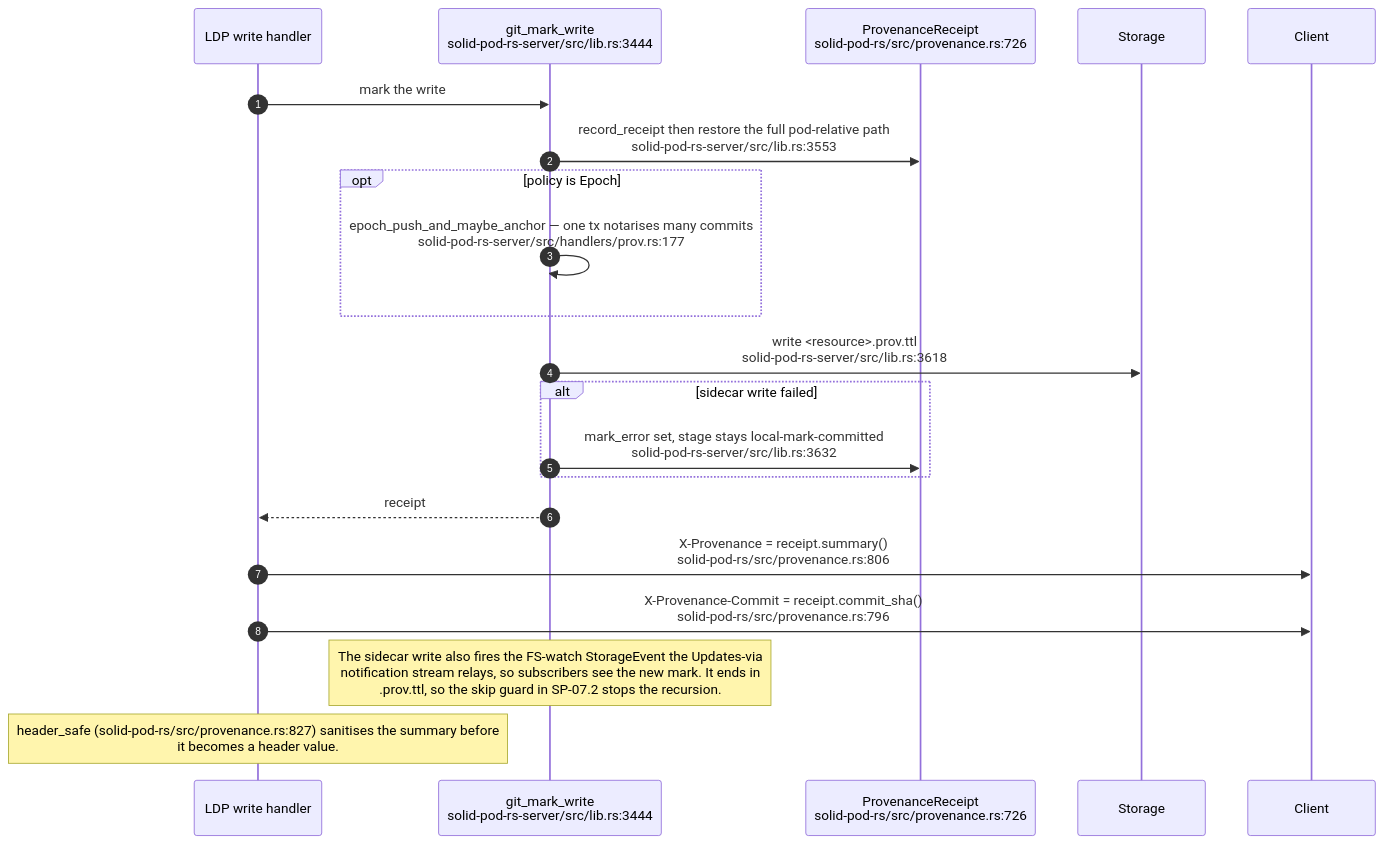
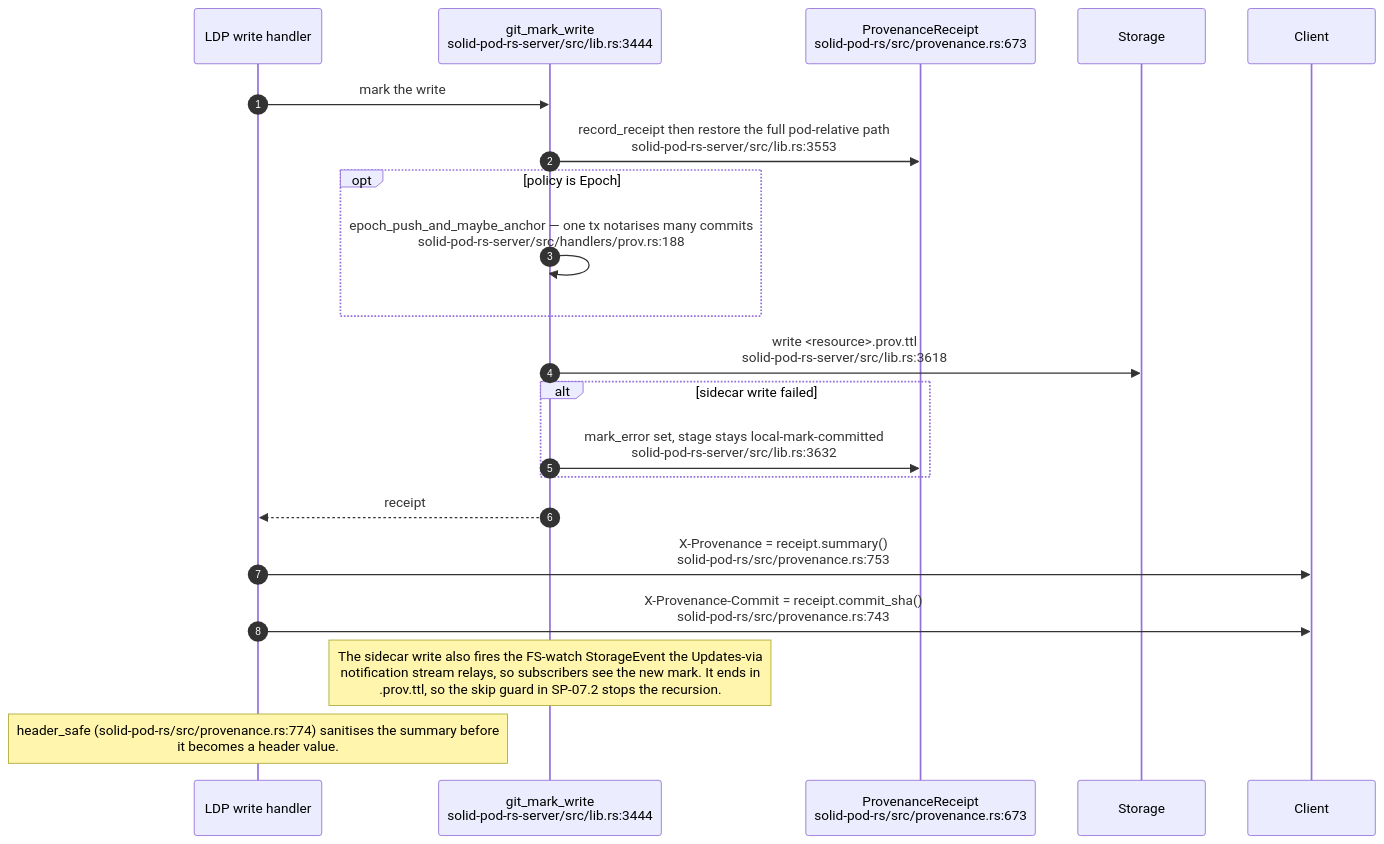
Before and after one commit to DreamLab-AI/VisionFlow: the fifth of 19 diagrams in docs/diagrams/solid-pod-rs/07-provenance-and-payments.md, drawn with Mermaid. The commit also changed other lines of this file and 26 other files, not shown here.

First line of the commit message:
docs(diagrams): re-verify solid-pod-rs, nostr-rust-forum and visionclaw 22/36 against HEAD

````diff
--- a/docs/diagrams/solid-pod-rs/07-provenance-and-payments.md
+++ b/docs/diagrams/solid-pod-rs/07-provenance-and-payments.md
@@ -154,24 +165,24 @@
 ```mermaid
 sequenceDiagram
     autonumber
     participant H as LDP write handler
     participant G as git_mark_write<br/>solid-pod-rs-server/src/lib.rs:3444
-    participant R as ProvenanceReceipt<br/>solid-pod-rs/src/provenance.rs:726
+    participant R as ProvenanceReceipt<br/>solid-pod-rs/src/provenance.rs:673
     participant S as Storage
     participant C as Client
 
     H->>G: mark the write
     G->>R: record_receipt then restore the full pod-relative path<br/>solid-pod-rs-server/src/lib.rs:3553
     opt policy is Epoch
-        G->>G: epoch_push_and_maybe_anchor — one tx notarises many commits<br/>solid-pod-rs-server/src/handlers/prov.rs:177
+        G->>G: epoch_push_and_maybe_anchor — one tx notarises many commits<br/>solid-pod-rs-server/src/handlers/prov.rs:188
     end
     G->>S: write <resource>.prov.ttl<br/>solid-pod-rs-server/src/lib.rs:3618
     alt sidecar write failed
         G->>R: mark_error set, stage stays local-mark-committed<br/>solid-pod-rs-server/src/lib.rs:3632
     end
     G-->>H: receipt
-    H->>C: X-Provenance = receipt.summary()<br/>solid-pod-rs/src/provenance.rs:806
-    H->>C: X-Provenance-Commit = receipt.commit_sha()<br/>solid-pod-rs/src/provenance.rs:796
+    H->>C: X-Provenance = receipt.summary()<br/>solid-pod-rs/src/provenance.rs:753
+    H->>C: X-Provenance-Commit = receipt.commit_sha()<br/>solid-pod-rs/src/provenance.rs:743
     Note over G: The sidecar write also fires the FS-watch StorageEvent the Updates-via<br/>notification stream relays, so subscribers see the new mark. It ends in<br/>.prov.ttl, so the skip guard in SP-07.2 stops the recursion.
-    Note over H: header_safe (solid-pod-rs/src/provenance.rs:827) sanitises the summary before<br/>it becomes a header value.
+    Note over H: header_safe (solid-pod-rs/src/provenance.rs:774) sanitises the summary before<br/>it becomes a header value.
 ```
````
